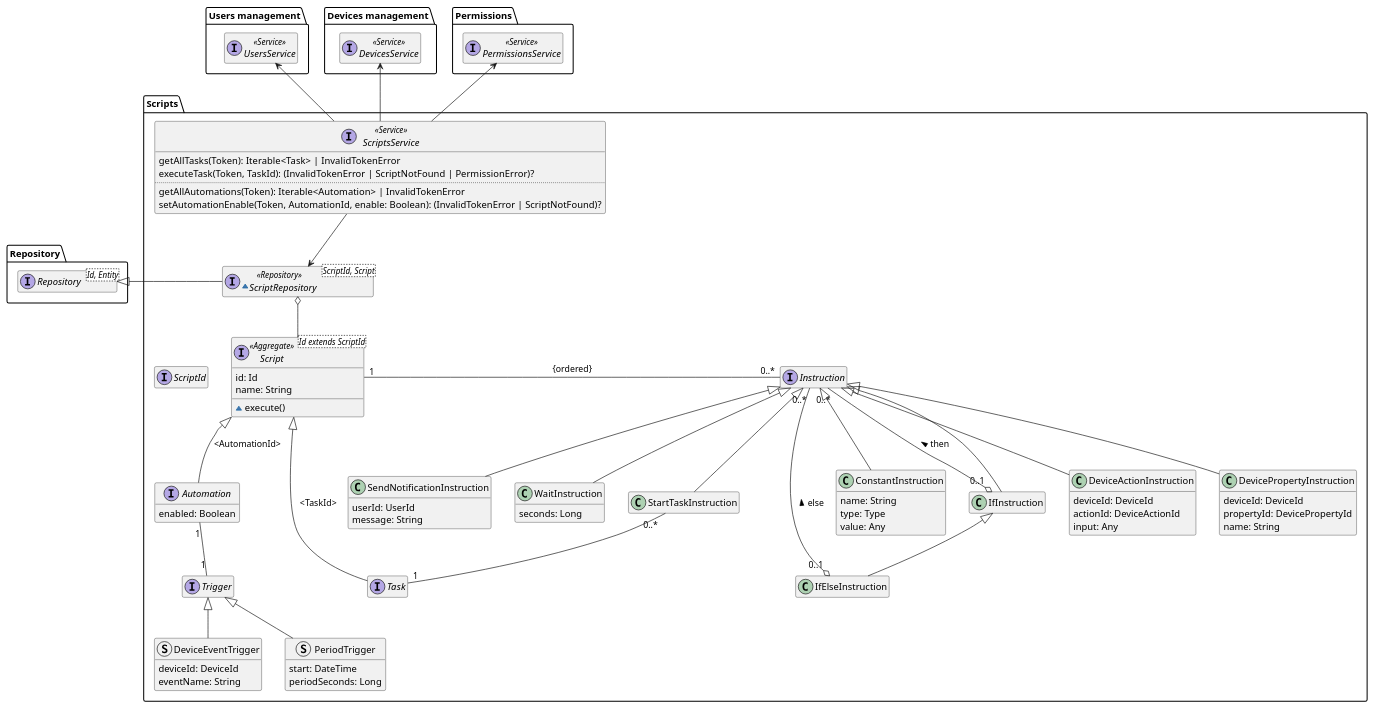
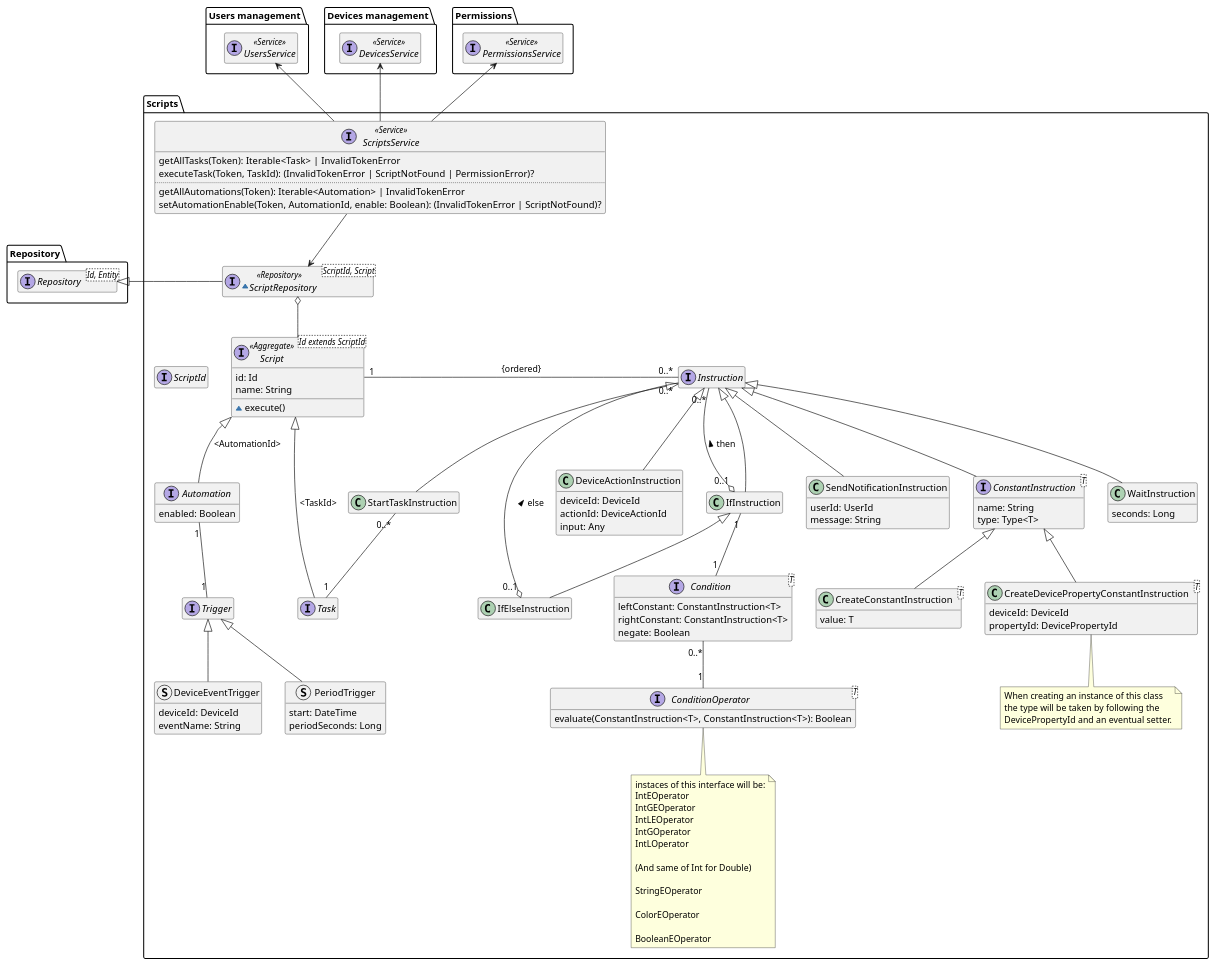
The diagram in diagrams/src/scripts-domain-model.puml (DomoticASW/.github), drawn with PlantUML before and after one commit. The commit also changed 1 other file, not shown here.

Commit message:
Add conditions to scripts diagram

```diff
--- a/diagrams/src/scripts-domain-model.puml
+++ b/diagrams/src/scripts-domain-model.puml
@@ -1,114 +1,146 @@
 @startuml scripts-domain-model
 
 hide empty members
 package Repository{
     interface Repository<Id, Entity>
 }
 
 package "Users management" as UsersManagement {
     interface UsersService <<Service>>
 }
 
 package "Devices management" as DevicesManagement {
     interface DevicesService <<Service>>
 }
 
 package Permissions {
     interface PermissionsService <<Service>>
 }
 
 package "Scripts" {
 
     interface ScriptId
 
     interface Script<Id extends ScriptId> <<Aggregate>> {
         id: Id
         name: String
         ~execute()
     }
 
     interface Task
     interface Automation {
         enabled: Boolean
     }
 
     interface Trigger
 
     struct DeviceEventTrigger extends Trigger {
         deviceId: DeviceId
         eventName: String
     }
 
     struct PeriodTrigger extends Trigger {
         start: DateTime
         periodSeconds: Long
     }
 
     interface Instruction {
     }
 
     class DeviceActionInstruction extends Instruction {
         deviceId: DeviceId
         actionId: DeviceActionId
         input: Any
     }
 
-    class DevicePropertyInstruction extends Instruction {
-        deviceId: DeviceId
-        propertyId: DevicePropertyId
-        name: String
-    }
+    class IfInstruction extends Instruction
 
-    class IfInstruction extends Instruction {
-        ' TODO: condition
-    }
-
-    class IfElseInstruction extends IfInstruction {
-        ' TODO: condition
-    }
+    class IfElseInstruction extends IfInstruction
 
     class SendNotificationInstruction extends Instruction {
         userId: UserId
         message: String
     }
 
     class WaitInstruction extends Instruction {
         seconds: Long
     }
 
     class StartTaskInstruction extends Instruction
 
-    class ConstantInstruction extends Instruction {
+    interface ConstantInstruction<T> extends Instruction {
         name: String
-        type: Type
-        value: Any
+        type: Type<T>
     }
+
+    class CreateDevicePropertyConstantInstruction<T> extends ConstantInstruction {
+        deviceId: DeviceId
+        propertyId: DevicePropertyId
+    }
+    note bottom of CreateDevicePropertyConstantInstruction
+        When creating an instance of this class
+        the type will be taken by following the
+        DevicePropertyId and an eventual setter.
+    end note
+
+    class CreateConstantInstruction<T> extends ConstantInstruction {
+        value: T
+    }
+
+    interface Condition<T> {
+        leftConstant: ConstantInstruction<T>
+        rightConstant: ConstantInstruction<T>
+        negate: Boolean
+    }
+
+    interface ConditionOperator<T> {
+        evaluate(ConstantInstruction<T>, ConstantInstruction<T>): Boolean
+    }
+
+    note bottom of ConditionOperator
+        instaces of this interface will be:
+        IntEOperator
+        IntGEOperator
+        IntLEOperator
+        IntGOperator
+        IntLOperator
+
+        (And same of Int for Double)
+
+        StringEOperator
+
+        ColorEOperator
+
+        BooleanEOperator
+    end note
 
     ~interface ScriptRepository<ScriptId, Script> <<Repository>> {
     }
     ScriptRepository -l-|> Repository.Repository
     ScriptRepository o-- Script
 
     interface ScriptsService <<Service>> {
         getAllTasks(Token): Iterable<Task> | InvalidTokenError
         executeTask(Token, TaskId): (InvalidTokenError | ScriptNotFound | PermissionError)?
         ..
         getAllAutomations(Token): Iterable<Automation> | InvalidTokenError
         setAutomationEnable(Token, AutomationId, enable: Boolean): (InvalidTokenError | ScriptNotFound)?
     }
 
     Script -l[hidden] ScriptId
     Script <|-- Task : "<TaskId>"
     Script <|-- Automation : "<AutomationId>"
     Automation "1" -- "1" Trigger
     Script "1" -r- "0..*" Instruction : "{ordered}"
     IfInstruction "0..1" o-- "0..*" Instruction : "then >"
+    IfInstruction "1" -- "1" Condition
     IfElseInstruction "0..1" o-- "0..*" Instruction : "else >"
     StartTaskInstruction "0..*" -- "1" Task
+    Condition "0..*" -- "1" ConditionOperator
     ScriptsService --> ScriptRepository
     ScriptsService -u-> Permissions.PermissionsService
     ScriptsService -u-> DevicesManagement.DevicesService
     ScriptsService -u-> UsersManagement.UsersService
 }
 
 @enduml
```
